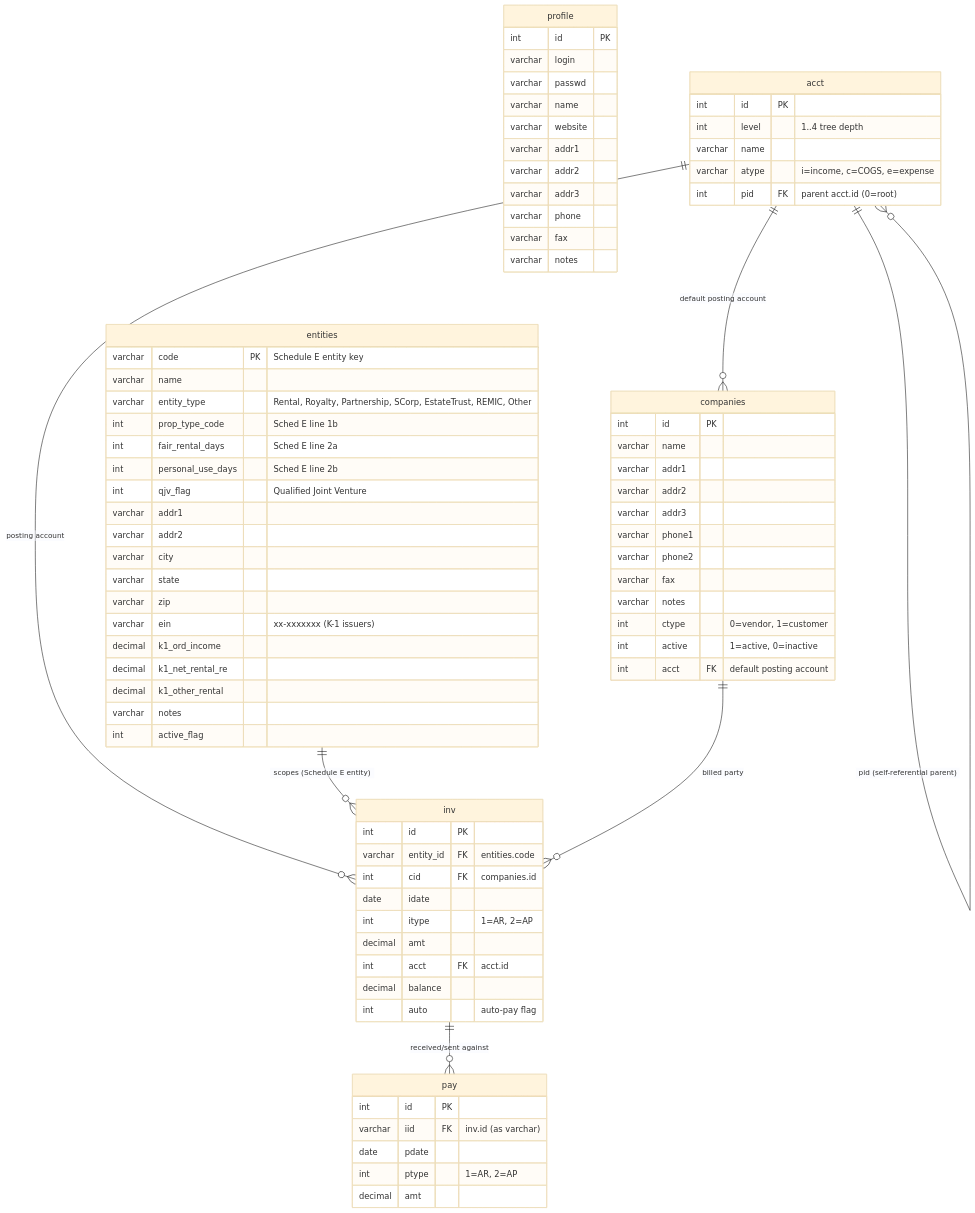
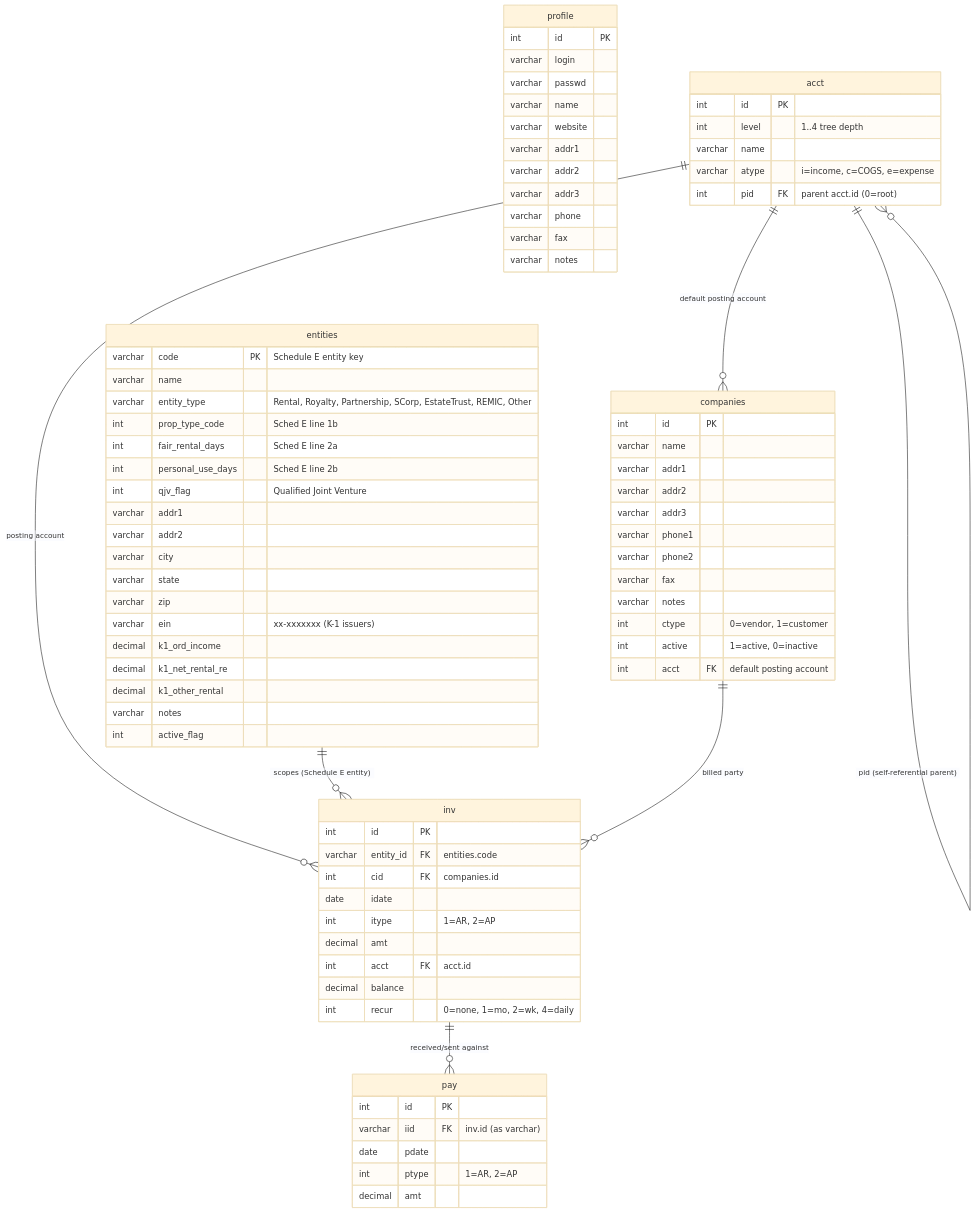
The diagram in README.md (oracle2ndshift/ShoeboxAI), drawn with Mermaid (base theme) before and after one commit. The commit also changed other lines of this file and 14 other files, not shown here.

Commit message:
remove auto, add and fix recur

```diff
--- a/README.md
+++ b/README.md
@@ -178,7 +178,7 @@
         decimal amt
         int     acct      FK  "acct.id"
         decimal balance
-        int     auto          "auto-pay flag"
+        int     recur         "0=none, 1=mo, 2=wk, 4=daily"
     }
 
     pay {
```
